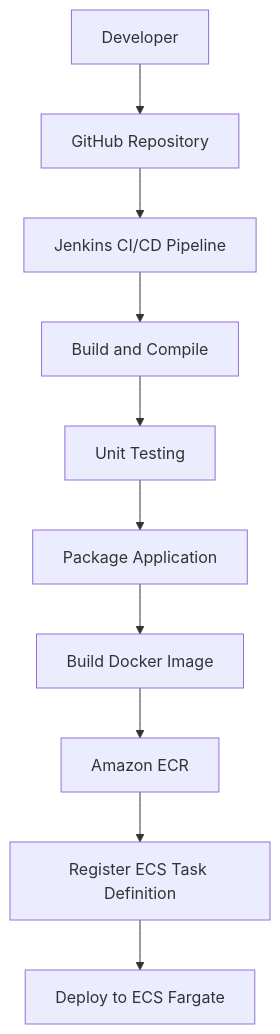
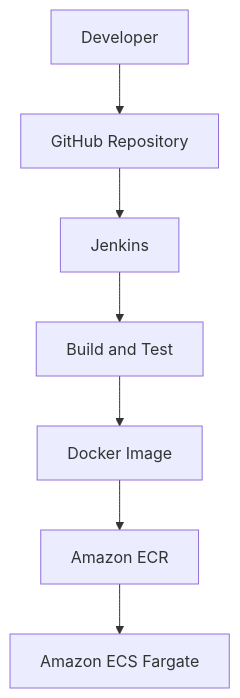
Before and after one commit to Raksh315/employee-management-system: the first of 2 diagrams in README.md, drawn with Mermaid. The commit also changed other lines of this file, not shown here.

Commit message:
Fix README Markdown formatting and image references

````diff
--- a/README.md
+++ b/README.md
@@ -19,12 +19,9 @@
 ```mermaid
 flowchart TD
     A[Developer] --> B[GitHub Repository]
-    B --> C[Jenkins CI/CD Pipeline]
-    C --> D[Build and Compile]
-    D --> E[Unit Testing]
-    E --> F[Package Application]
-    F --> G[Build Docker Image]
-    G --> H[Amazon ECR]
-    H --> I[Register ECS Task Definition]
-    I --> J[Deploy to ECS Fargate]
+    B --> C[Jenkins]
+    C --> D[Build and Test]
+    D --> E[Docker Image]
+    E --> F[Amazon ECR]
+    F --> G[Amazon ECS Fargate]
 ```
````
